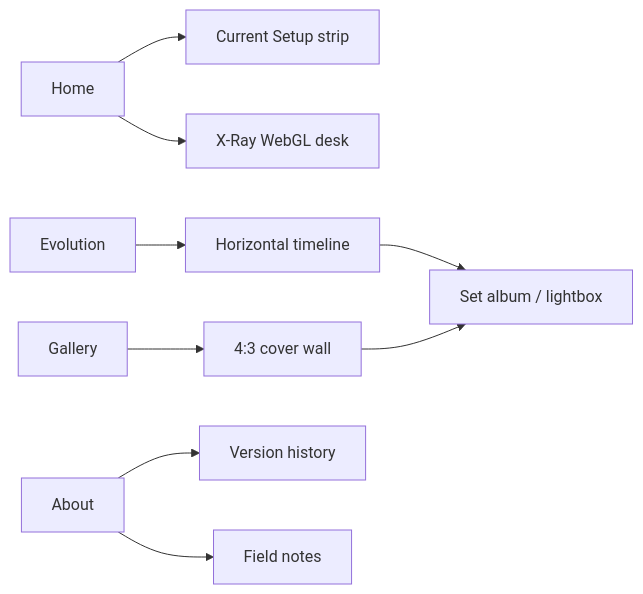
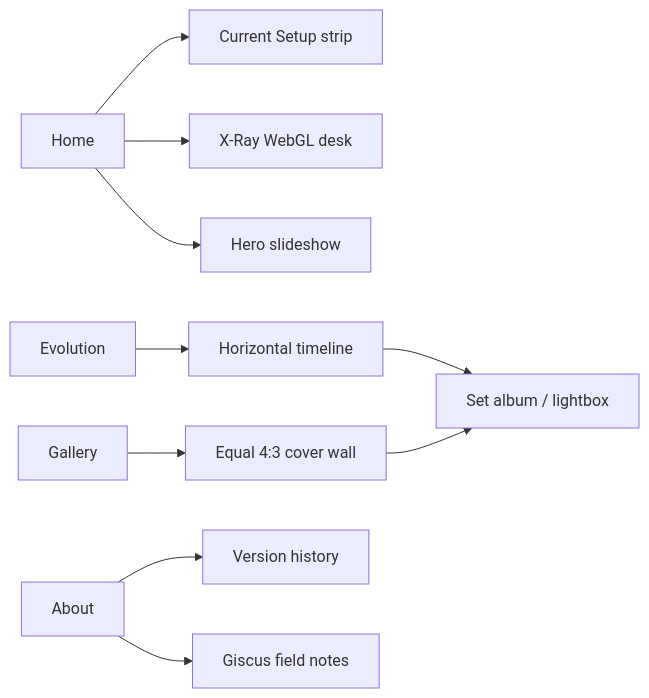
The diagram in README.md (krwg/deskproject), drawn with Mermaid before and after one commit. The commit also changed other lines of this file and 2 other files, not shown here.

````diff
--- a/README.md
+++ b/README.md
@@ -33,11 +33,12 @@
 ```mermaid
 flowchart LR
   H[Home] --> CS[Current Setup strip]
   H --> XR[X-Ray WebGL desk]
+  H --> HB[Hero slideshow]
   E[Evolution] --> TL[Horizontal timeline]
   TL --> LB[Set album / lightbox]
-  G[Gallery] --> WALL[4:3 cover wall]
+  G[Gallery] --> WALL[Equal 4:3 cover wall]
   WALL --> LB
   A[About] --> VH[Version history]
-  A --> NOTES[Field notes]
+  A --> NOTES[Giscus field notes]
 ```
````
